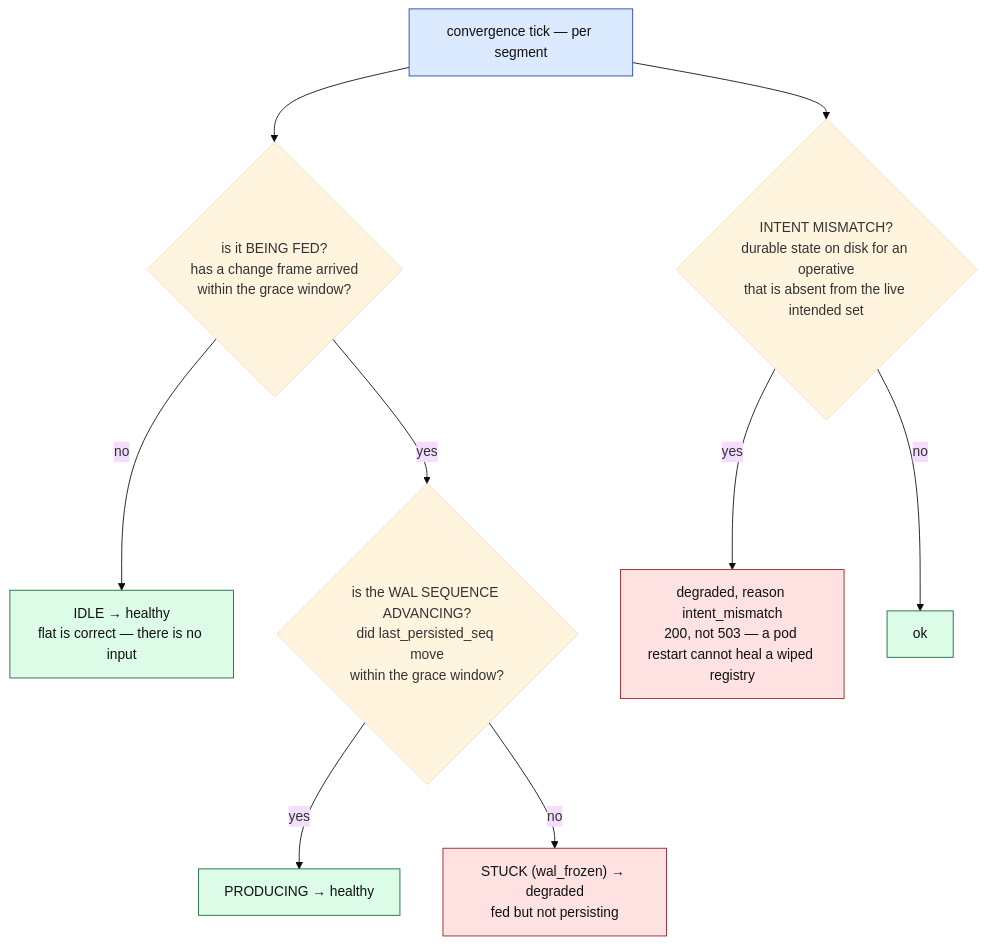
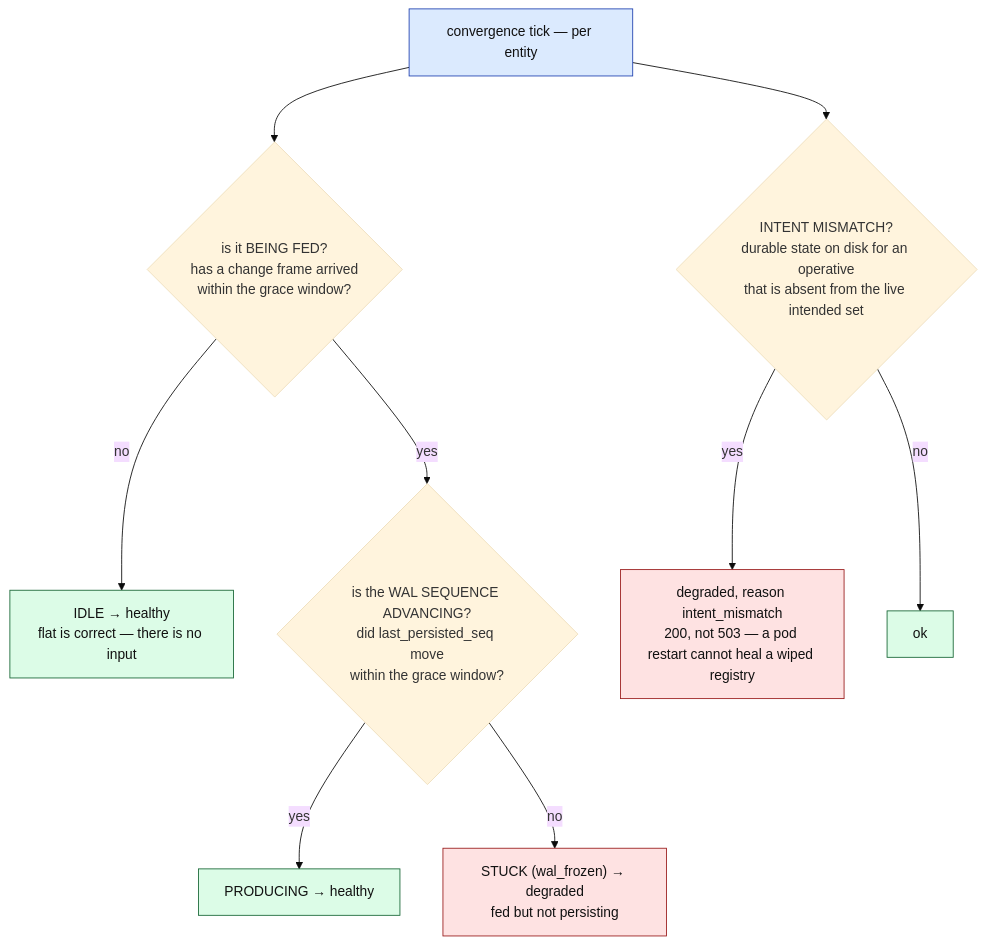
Before and after one commit to Flezha/flezha: diagram 15 of 16 in docs/architecture/kernel.md, drawn with Mermaid (base theme). The commit also changed other lines of this file and 658 other files, not shown here.

````diff
--- a/docs/architecture/kernel.md
+++ b/docs/architecture/kernel.md
@@ -649,17 +649,17 @@
 ```mermaid
 flowchart TB
-    START["convergence tick — per segment"]:::ctrl
+    START["convergence tick — per entity"]:::ctrl
     START --> FED{"is it BEING FED?<br/>has a change frame arrived<br/>within the grace window?"}
     FED -->|"no"| IDLE["IDLE → healthy<br/>flat is correct — there is no input"]:::prot
     FED -->|"yes"| ADV{"is the WAL SEQUENCE ADVANCING?<br/>did last_persisted_seq move<br/>within the grace window?"}
     ADV -->|"yes"| OK["PRODUCING → healthy"]:::prot
     ADV -->|"no"| STUCK["STUCK (wal_frozen) → degraded<br/>fed but not persisting"]:::risk
 
     START --> INTENT{"INTENT MISMATCH?<br/>durable state on disk for an operative<br/>that is absent from the live intended set"}
     INTENT -->|"yes"| MM["degraded, reason intent_mismatch<br/>200, not 503 — a pod restart cannot heal a wiped registry"]:::risk
     INTENT -->|"no"| OK2["ok"]:::prot
 
     classDef ctrl fill:#dbeafe,stroke:#1e40af,color:#111
     classDef prot fill:#dcfce7,stroke:#166534,color:#111
     classDef risk fill:#fee2e2,stroke:#991b1b,color:#111
 ```
````
